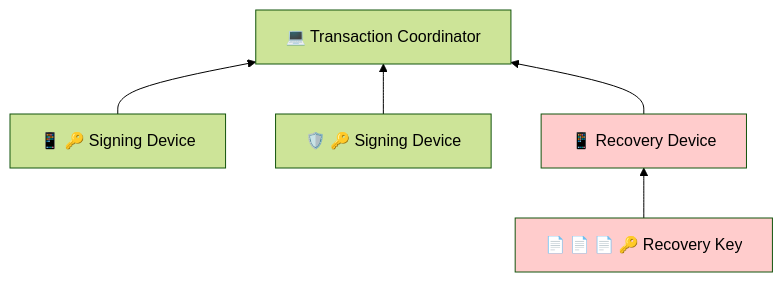
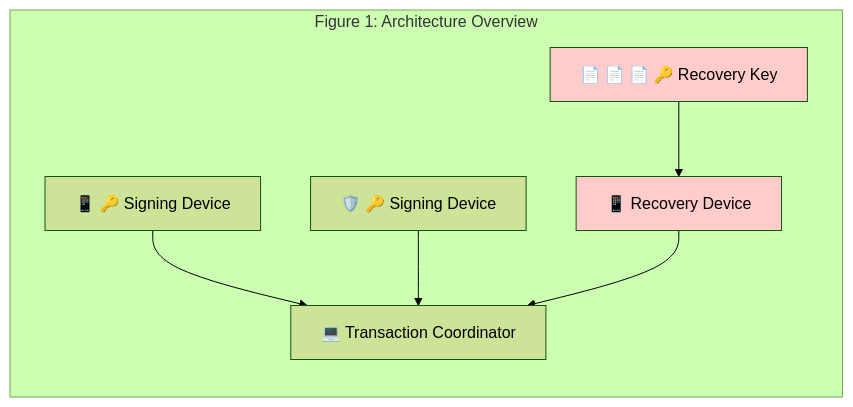
Before and after one commit to BlockchainCommons/SmartCustody: the first of 17 diagrams in Docs/Scenario-Multisig.md, drawn with Mermaid (forest theme). The commit also changed other lines of this file, not shown here.

````diff
--- a/Docs/Scenario-Multisig.md
+++ b/Docs/Scenario-Multisig.md
@@ -19,15 +18,17 @@
 ```mermaid
     graph BT;
+    subgraph Figure 1: Architecture Overview
     A["💻 Transaction Coordinator"]
     B["📱 🔑 Signing Device"]
     C["🛡️ 🔑 Signing Device"]
     D["📱 Recovery Device"]
     E["📄 📄 📄 🔑 Recovery Key"]
     B-->A;
     C-->A;
     D-->A;
     E-->D;
     
 style D fill:#ffcccc;
 style E fill:#ffcccc;
+    end
 ```
````
